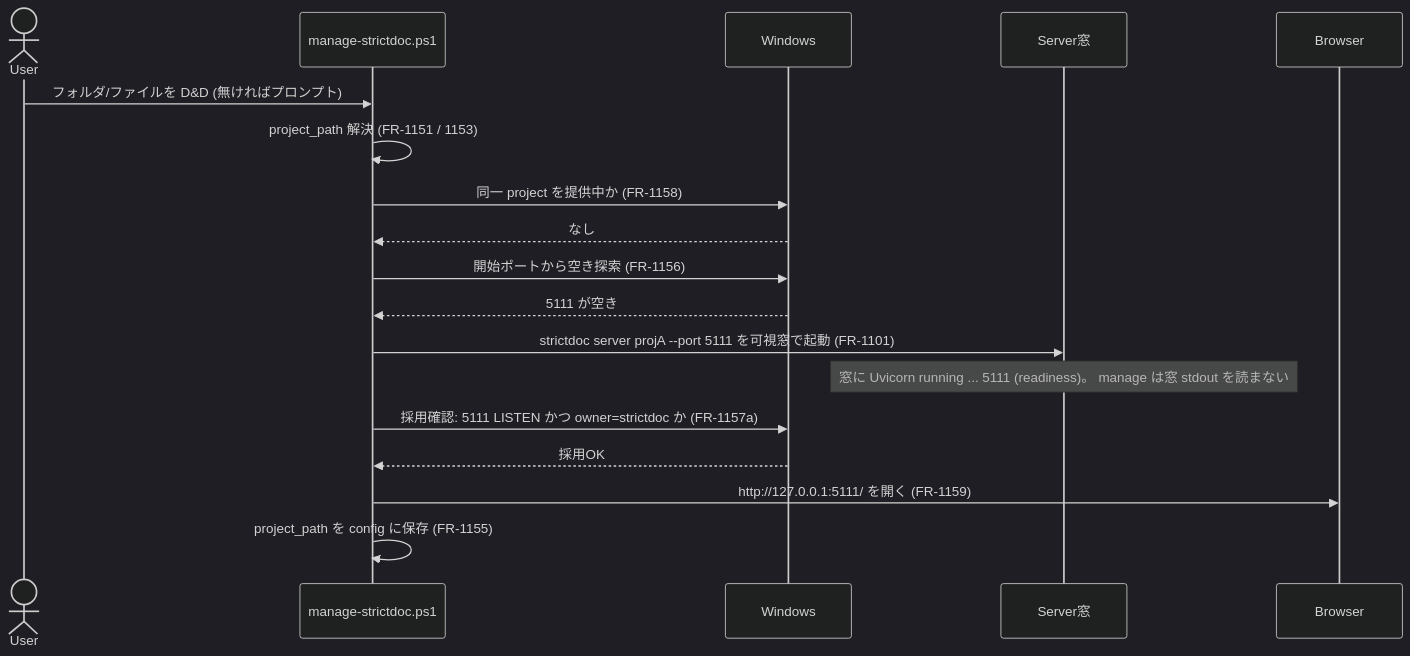
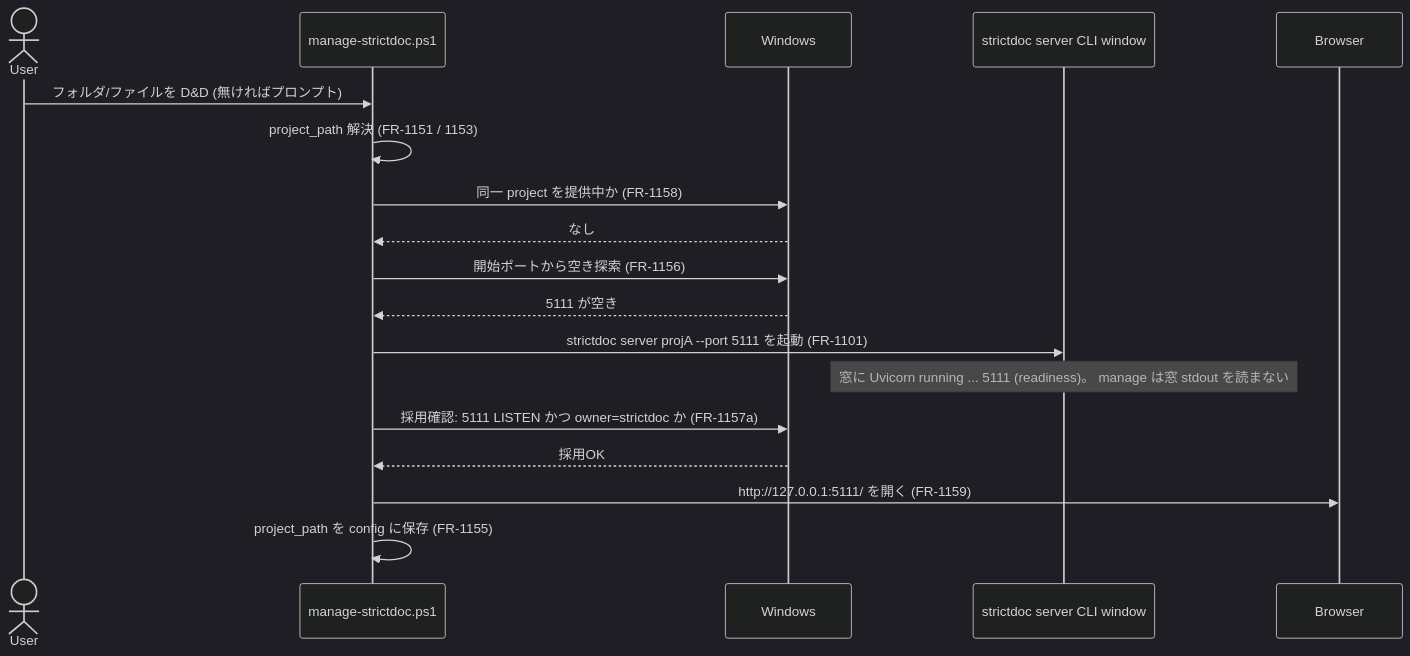
The third of 6 diagrams in docs/serve-spec.md (GoodRelax/StrictDocStarter), drawn with Mermaid (dark theme) before and after one commit. The commit also changed other lines of this file and 5 other files, not shown here.

````diff
--- a/docs/serve-spec.md
+++ b/docs/serve-spec.md
@@ -1192,20 +1202,20 @@
 ```mermaid
 sequenceDiagram
     actor User
     participant M as manage-strictdoc.ps1
     participant OS as Windows
-    participant SV as Server窓
+    participant SV as strictdoc server CLI window
     participant BR as Browser
     User->>M: フォルダ/ファイルを D&D (無ければプロンプト)
     M->>M: project_path 解決 (FR-1151 / 1153)
     M->>OS: 同一 project を提供中か (FR-1158)
     OS-->>M: なし
     M->>OS: 開始ポートから空き探索 (FR-1156)
     OS-->>M: 5111 が空き
-    M->>SV: strictdoc server projA --port 5111 を可視窓で起動 (FR-1101)
+    M->>SV: strictdoc server projA --port 5111 を起動 (FR-1101)
     Note over SV: 窓に Uvicorn running ... 5111 (readiness)。 manage は窓 stdout を読まない
     M->>OS: 採用確認: 5111 LISTEN かつ owner=strictdoc か (FR-1157a)
     OS-->>M: 採用OK
     M->>BR: http://127.0.0.1:5111/ を開く (FR-1159)
     M->>M: project_path を config に保存 (FR-1155)
 ```
````
